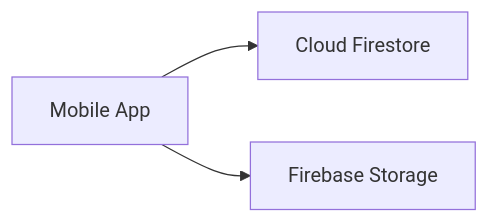
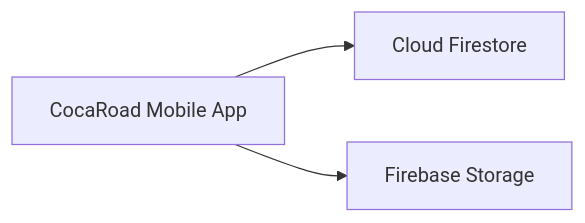
Before and after one commit to wolcken/CocaRoad-Case-Study: the second of 3 diagrams in README.md, drawn with Mermaid. The commit also changed other lines of this file, not shown here.

First line of the commit message:
Revise README for CocaRoad modernization details

````diff
--- a/README.md
+++ b/README.md
@@ -281,11 +258,11 @@
 ```mermaid
 flowchart LR
 
-    APP["Mobile App"]
+    APP["CocaRoad Mobile App"]
 
     DB["Cloud Firestore"]
     STORAGE["Firebase Storage"]
 
     APP --> DB
     APP --> STORAGE
 ```
````
